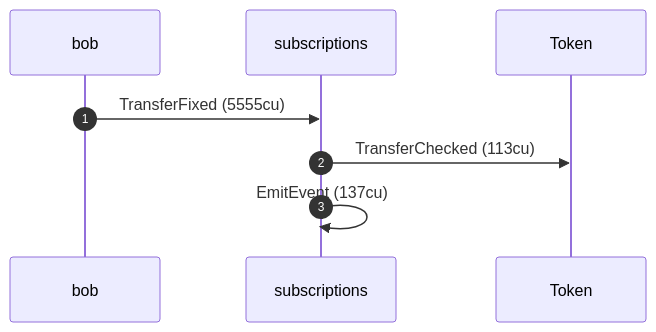
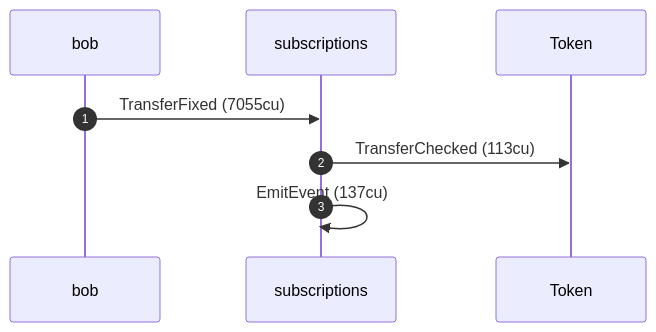
Before and after one commit to cds-rs/subscriptions: the ninth of 12 diagrams in dsl_tests/fixed-transfer-succeeds.md, drawn with Mermaid. The commit also changed other lines of this file and 224 other files, not shown here.

````diff
--- a/dsl_tests/fixed-transfer-succeeds.md
+++ b/dsl_tests/fixed-transfer-succeeds.md
@@ -182,10 +191,10 @@
 ```mermaid
 sequenceDiagram
     autonumber
     participant bob
     participant subscriptions
     participant Token
-    bob ->> subscriptions: TransferFixed (5555cu)
+    bob ->> subscriptions: TransferFixed (7055cu)
     subscriptions ->> Token: TransferChecked (113cu)
     subscriptions ->> subscriptions: EmitEvent (137cu)
 ```
````
